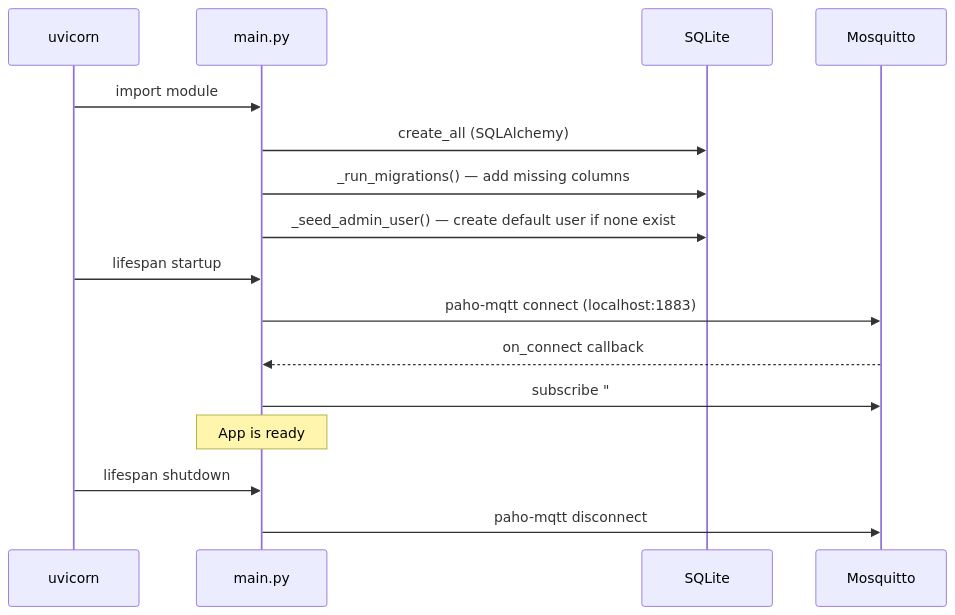
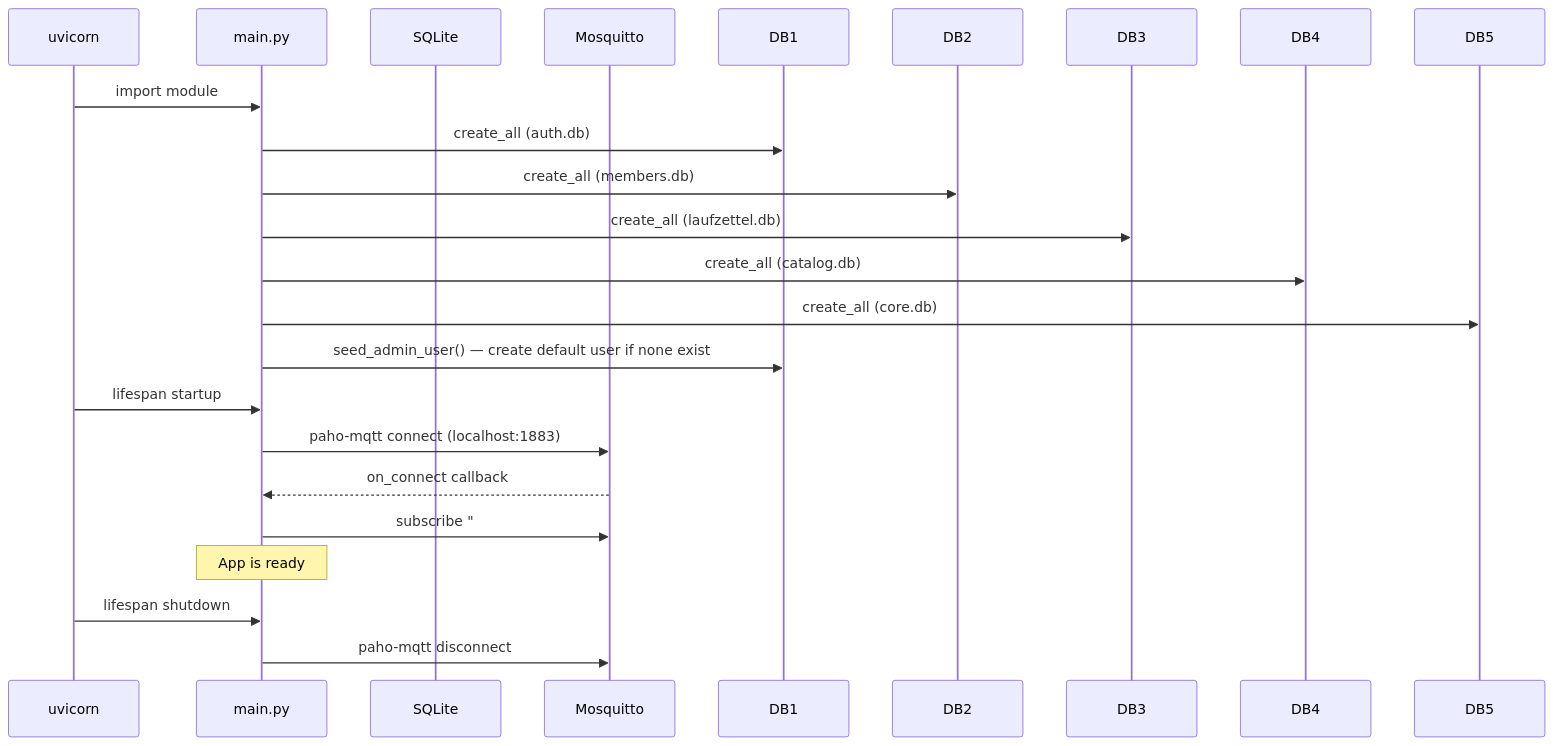
The second of 2 diagrams in docs/05-system-architecture.md (AlexErlewein/MakerPi_GroundControl), drawn with Mermaid before and after one commit. The commit also changed other lines of this file and 4 other files, not shown here.

Commit message:
feat: minor fixes after splitting architecture

````diff
--- a/docs/05-system-architecture.md
+++ b/docs/05-system-architecture.md
@@ -87,19 +118,22 @@
 ```mermaid
 sequenceDiagram
     participant UV as uvicorn
     participant APP as main.py
     participant DB as SQLite
     participant MQ as Mosquitto
 
     UV->>APP: import module
-    APP->>DB: create_all (SQLAlchemy)
-    APP->>DB: _run_migrations() — add missing columns
-    APP->>DB: _seed_admin_user() — create default user if none exist
+    APP->>DB1: create_all (auth.db)
+    APP->>DB2: create_all (members.db)
+    APP->>DB3: create_all (laufzettel.db)
+    APP->>DB4: create_all (catalog.db)
+    APP->>DB5: create_all (core.db)
+    APP->>DB1: seed_admin_user() — create default user if none exist
     UV->>APP: lifespan startup
     APP->>MQ: paho-mqtt connect (localhost:1883)
     MQ-->>APP: on_connect callback
     APP->>MQ: subscribe "#" (all topics)
     Note over APP: App is ready
     UV->>APP: lifespan shutdown
     APP->>MQ: paho-mqtt disconnect
 ```
````
